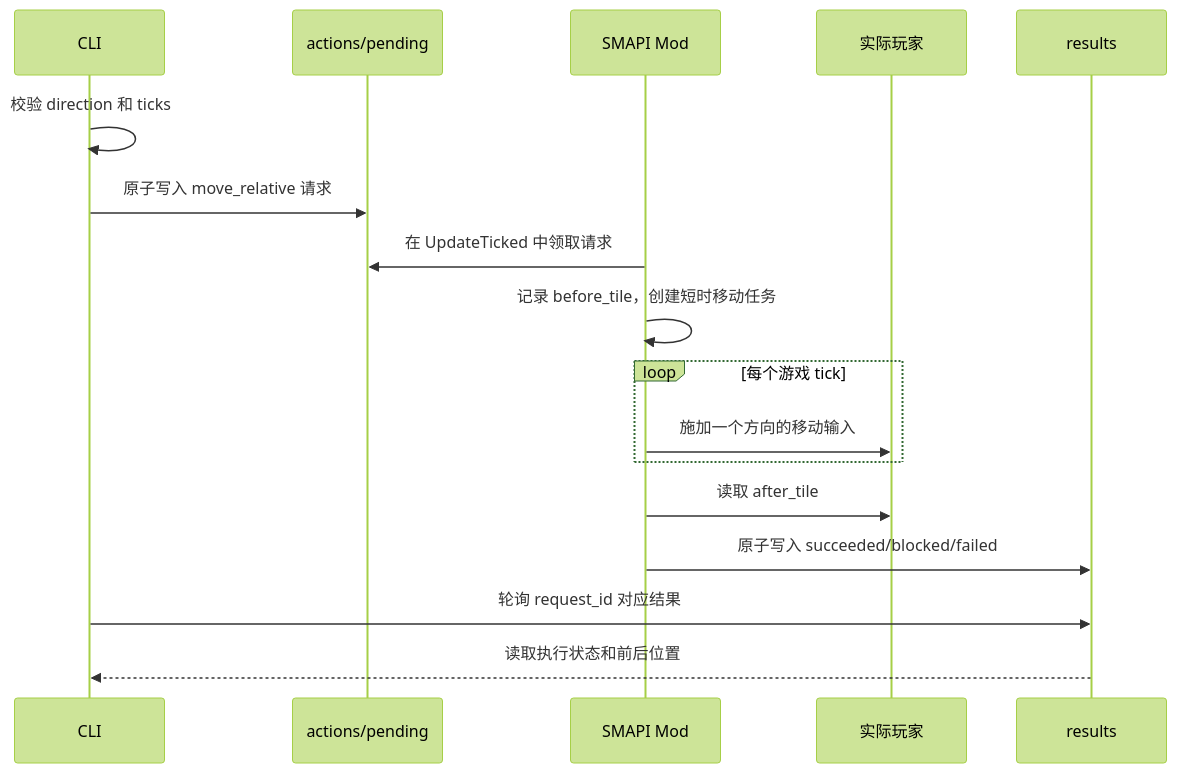
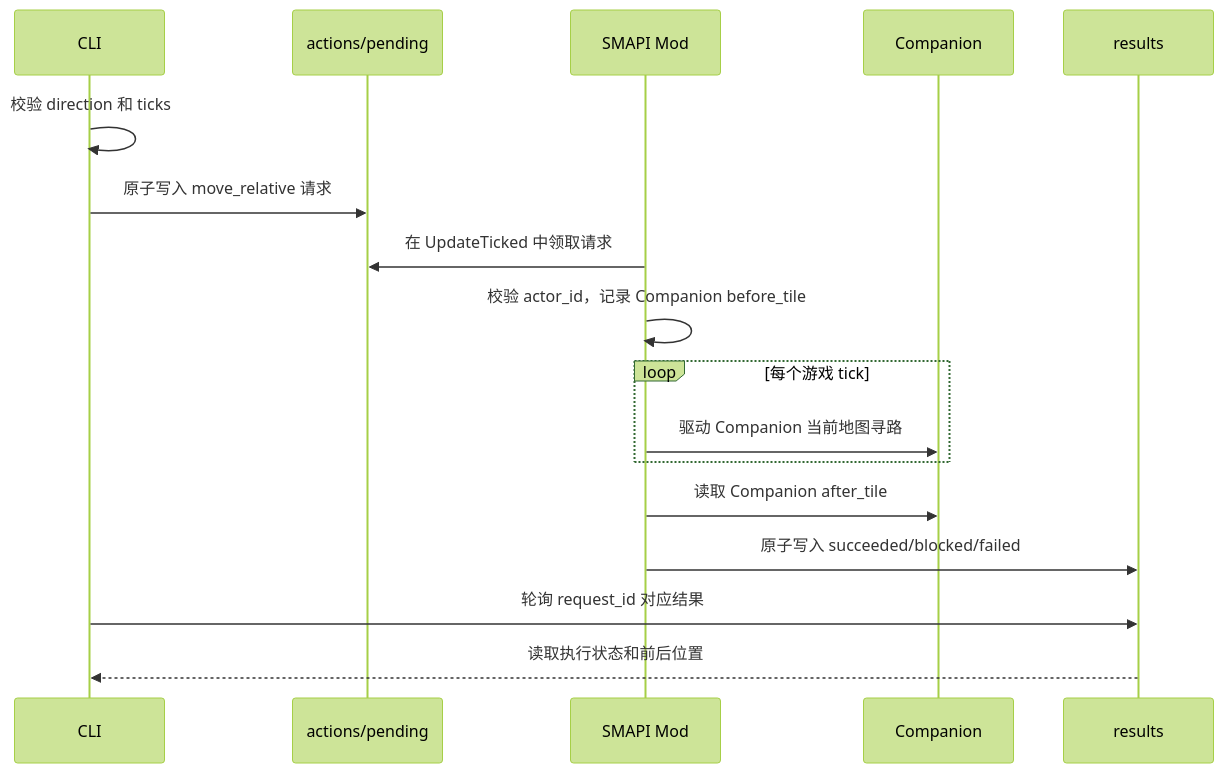
One commit to convexwf/stardew-agent changed the fourth of 4 diagrams in doc/demo/cli-file-bridge.md. Above: the diagram before and after it, drawn with Mermaid (forest theme). The commit also changed other lines of this file and 15 other files, not shown here.

````diff
--- a/doc/demo/cli-file-bridge.md
+++ b/doc/demo/cli-file-bridge.md
@@ -481,20 +484,20 @@
 ```mermaid
 sequenceDiagram
     participant C as CLI
     participant P as actions/pending
     participant M as SMAPI Mod
-    participant G as 实际玩家
+    participant G as Companion
     participant R as results
 
     C->>C: 校验 direction 和 ticks
     C->>P: 原子写入 move_relative 请求
     M->>P: 在 UpdateTicked 中领取请求
-    M->>M: 记录 before_tile，创建短时移动任务
+    M->>M: 校验 actor_id，记录 Companion before_tile
     loop 每个游戏 tick
-        M->>G: 施加一个方向的移动输入
+        M->>G: 驱动 Companion 当前地图寻路
     end
-    M->>G: 读取 after_tile
+    M->>G: 读取 Companion after_tile
     M->>R: 原子写入 succeeded/blocked/failed
     C->>R: 轮询 request_id 对应结果
     R-->>C: 读取执行状态和前后位置
 ```
````
